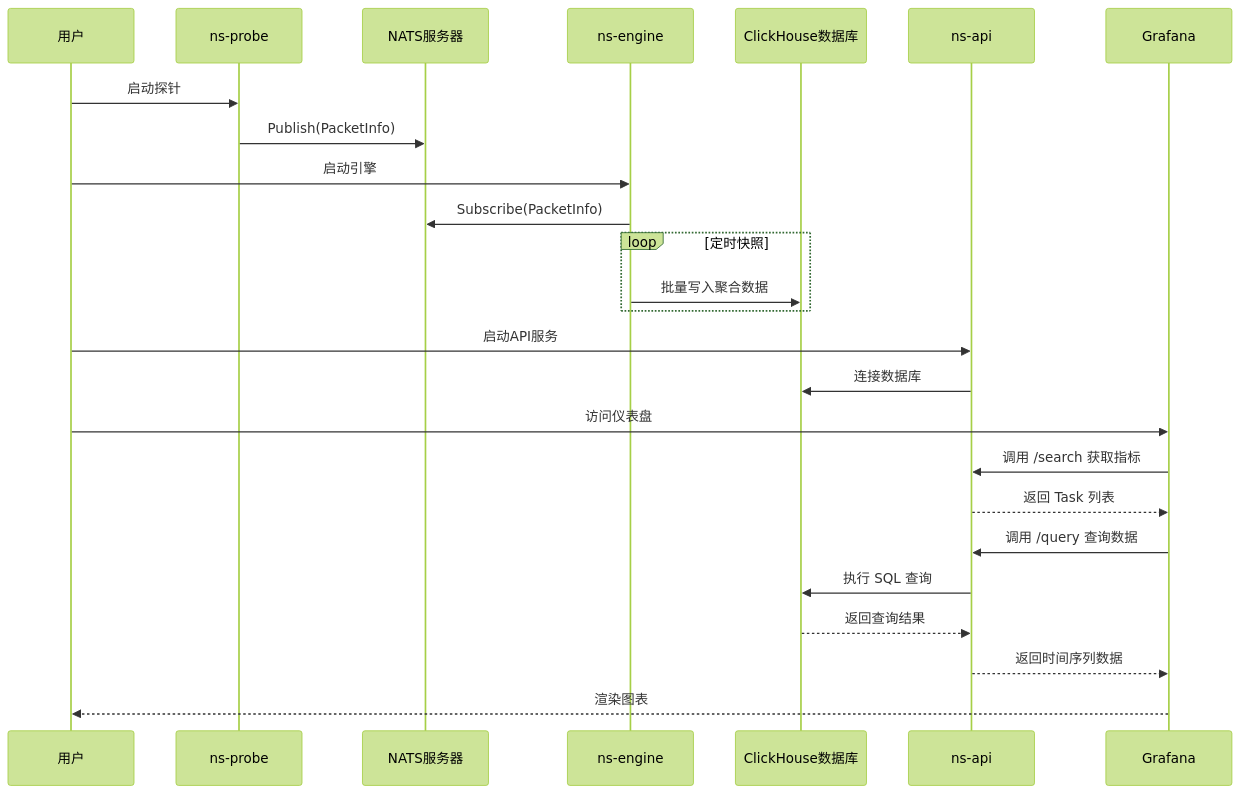
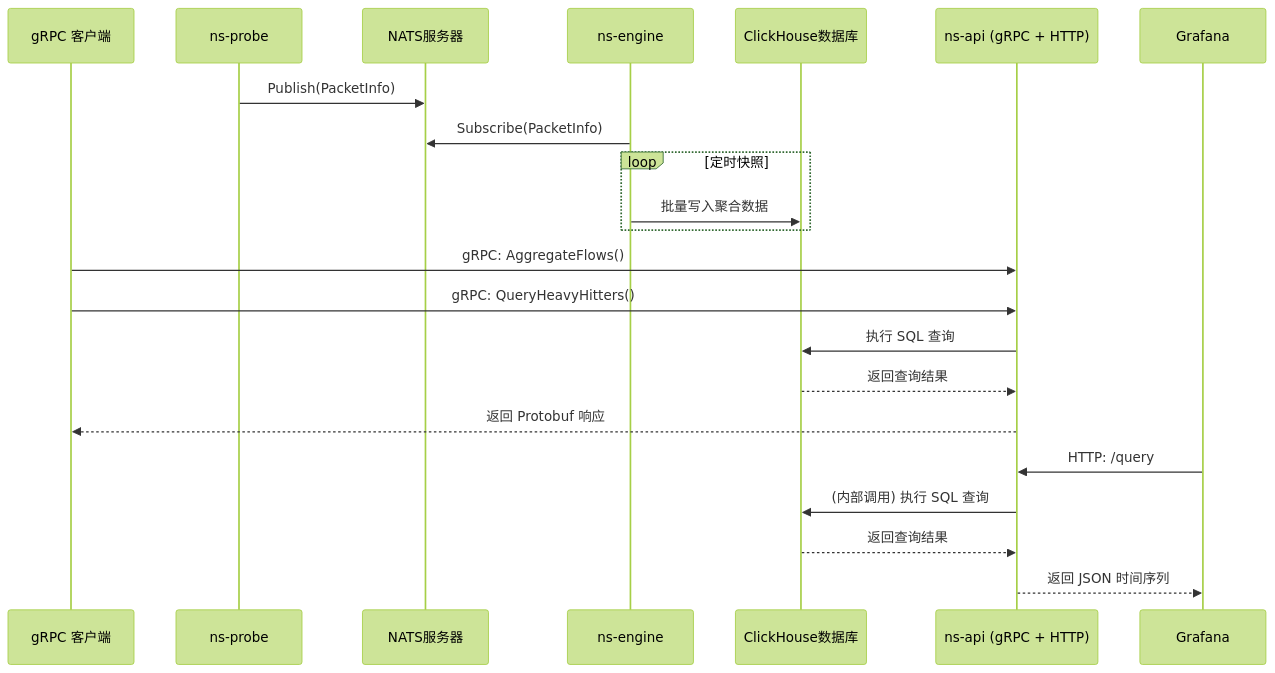
Before and after one commit to Decade-qiu/Go2NetSpectra: the third of 3 diagrams in doc/technology.md, drawn with Mermaid (forest theme). The commit also changed other lines of this file and 3 other files, not shown here.

Commit message:
:memo: docs: update documentation for gRPC API and heavy hitters query

````diff
--- a/doc/technology.md
+++ b/doc/technology.md
@@ -317,31 +318,27 @@
 ```mermaid
 sequenceDiagram
-    participant User as 用户
+    participant User as gRPC 客户端
     participant Probe as ns-probe
     participant NATS as NATS服务器
     participant Engine as ns-engine
     participant ClickHouse as ClickHouse数据库
-    participant API as ns-api
+    participant API as ns-api (gRPC + HTTP)
     participant Grafana as Grafana
 
-    User->>Probe: 启动探针
     Probe->>NATS: Publish(PacketInfo)
-
-    User->>Engine: 启动引擎
     Engine->>NATS: Subscribe(PacketInfo)
     loop 定时快照
         Engine->>ClickHouse: 批量写入聚合数据
     end
 
-    User->>API: 启动API服务
-    API->>ClickHouse: 连接数据库
-
-    User->>Grafana: 访问仪表盘
-    Grafana->>API: 调用 /search 获取指标
-    API-->>Grafana: 返回 Task 列表
-    Grafana->>API: 调用 /query 查询数据
+    User->>API: gRPC: AggregateFlows()
+    User->>API: gRPC: QueryHeavyHitters()
     API->>ClickHouse: 执行 SQL 查询
     ClickHouse-->>API: 返回查询结果
-    API-->>Grafana: 返回时间序列数据
-    Grafana-->>User: 渲染图表
+    API-->>User: 返回 Protobuf 响应
+
+    Grafana->>API: HTTP: /query
+    API->>ClickHouse: (内部调用) 执行 SQL 查询
+    ClickHouse-->>API: 返回查询结果
+    API-->>Grafana: 返回 JSON 时间序列
 ```
````
